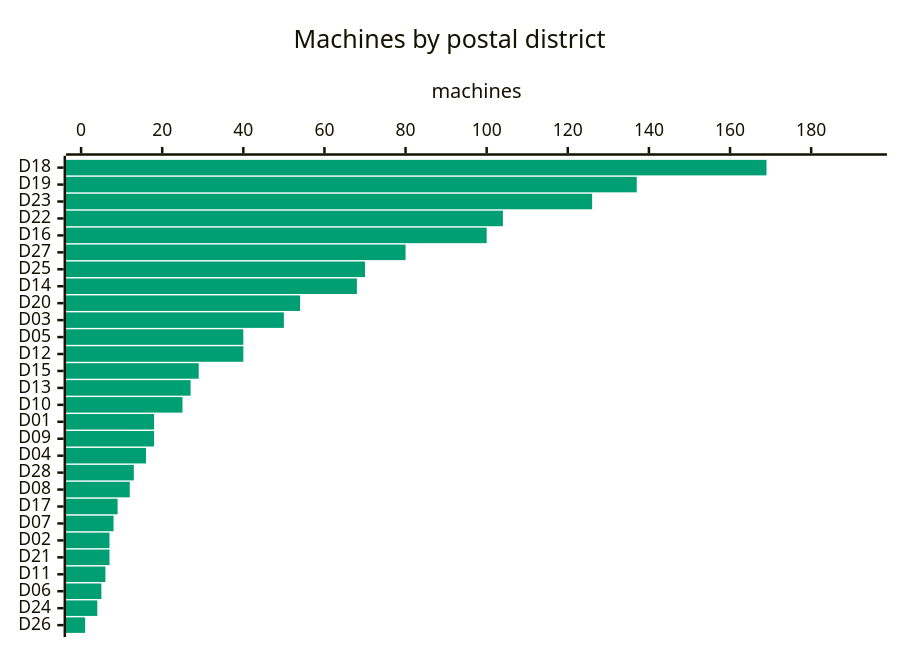
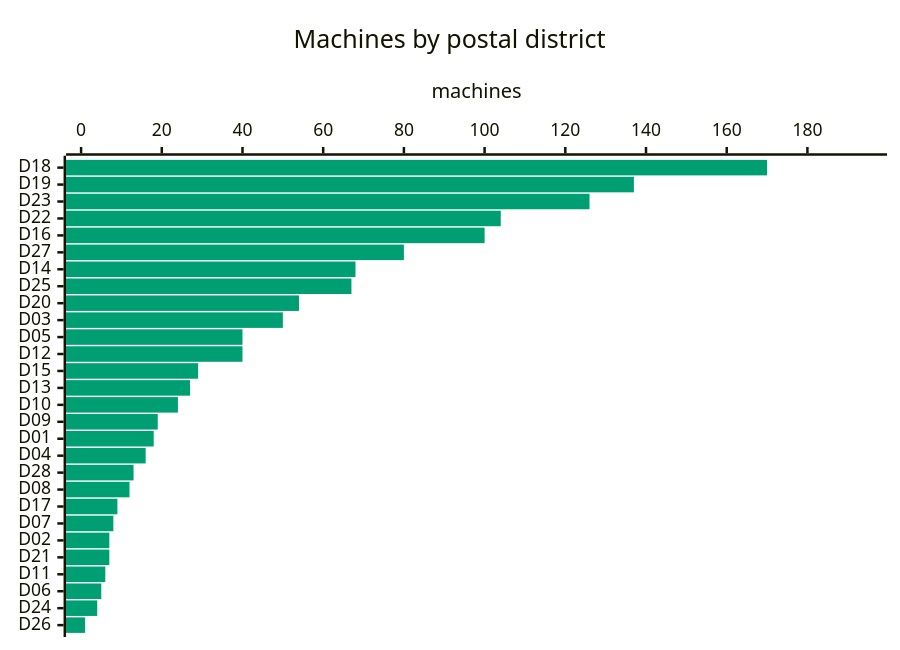
One commit to cheeaun/returnright-data changed the fourth of 7 diagrams in ANALYSIS.md. Above: the diagram before and after it, drawn with Mermaid. The commit also changed other lines of this file and 3 other files, not shown here.

````diff
--- a/ANALYSIS.md
+++ b/ANALYSIS.md
@@ -121,16 +117,16 @@
 ```mermaid
 ---
 config:
   themeVariables:
     xyChart:
       plotColorPalette: "#009E73"
   xyChart:
     chartOrientation: "horizontal"
     plotReservedSpacePercent: 40
 ---
 xychart-beta
     title "Machines by postal district"
-    x-axis ["D18", "D19", "D23", "D22", "D16", "D27", "D25", "D14", "D20", "D03", "D05", "D12", "D15", "D13", "D10", "D01", "D09", "D04", "D28", "D08", "D17", "D07", "D02", "D21", "D11", "D06", "D24", "D26"]
-    y-axis "machines" 0 --> 195
-    bar [169, 137, 126, 104, 100, 80, 70, 68, 54, 50, 40, 40, 29, 27, 25, 18, 18, 16, 13, 12, 9, 8, 7, 7, 6, 5, 4, 1]
+    x-axis ["D18", "D19", "D23", "D22", "D16", "D27", "D14", "D25", "D20", "D03", "D05", "D12", "D15", "D13", "D10", "D09", "D01", "D04", "D28", "D08", "D17", "D07", "D02", "D21", "D11", "D06", "D24", "D26"]
+    y-axis "machines" 0 --> 196
+    bar [170, 137, 126, 104, 100, 80, 68, 67, 54, 50, 40, 40, 29, 27, 24, 19, 18, 16, 13, 12, 9, 8, 7, 7, 6, 5, 4, 1]
 ```
````
